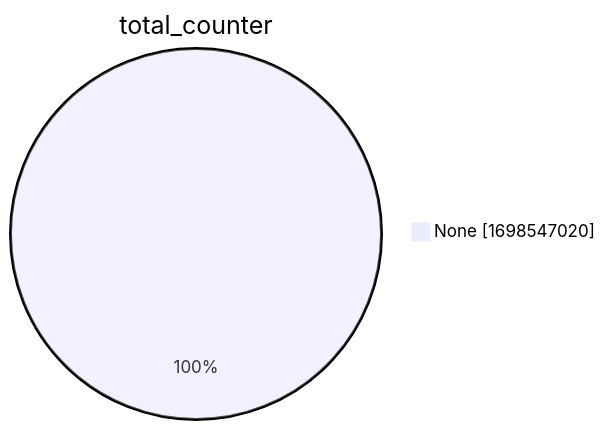
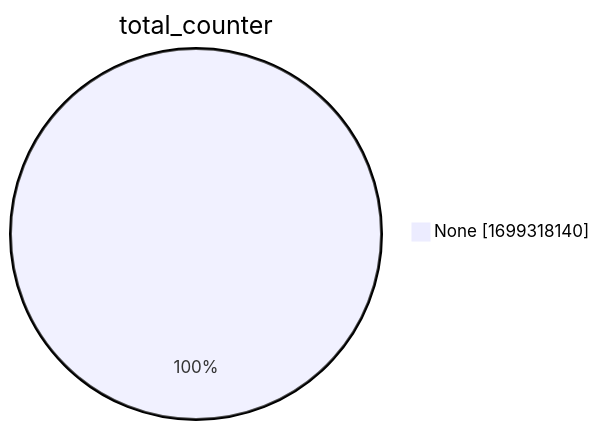
Before and after one commit to christiankrug/ctmonitor_visualization: the second of 15 diagrams in xenon2022/README.md, drawn with Mermaid. The commit also changed other lines of this file, not shown here.

````diff
--- a/xenon2022/README.md
+++ b/xenon2022/README.md
@@ -9,5 +9,5 @@
 ```mermaid
 pie showData
 title total_counter
-"None" :1698547020
+"None" :1699318140
 ```
````
